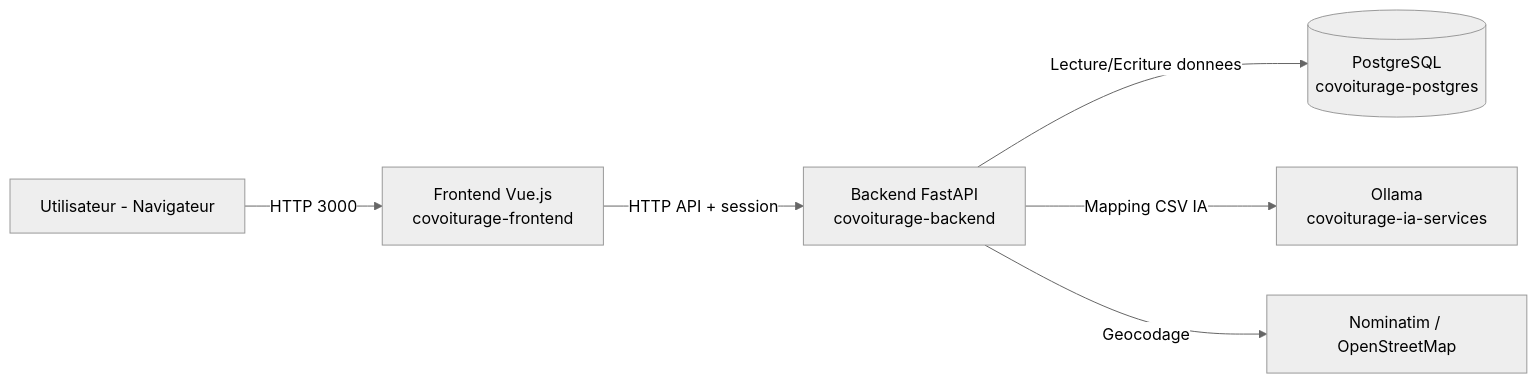
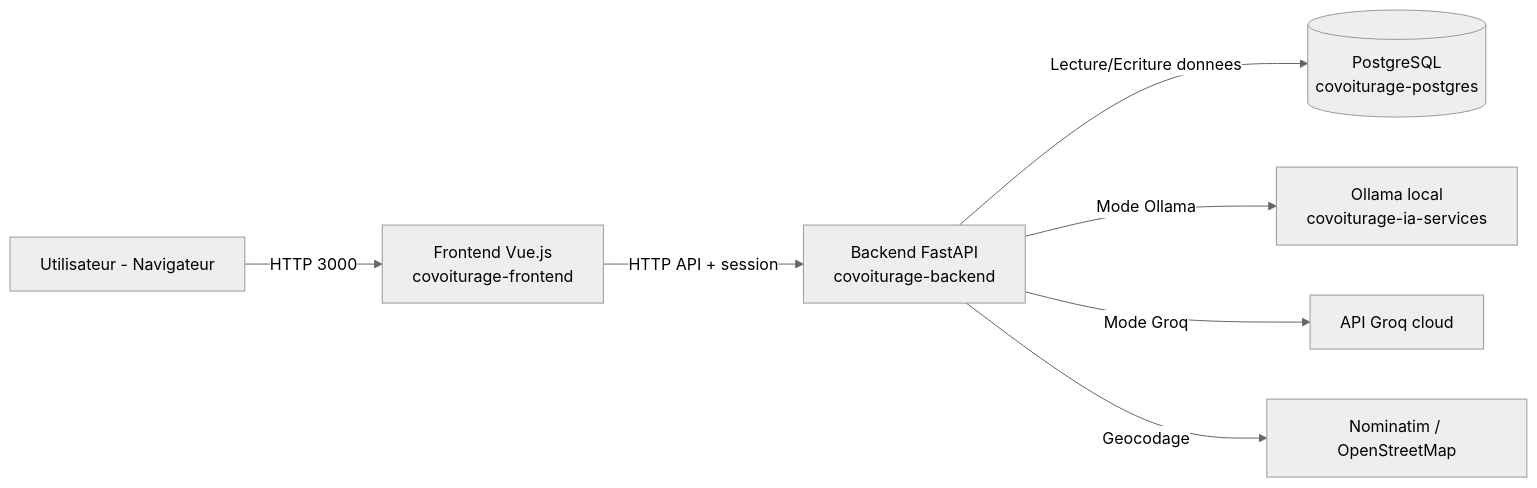
Before and after one commit to NaelFares/CNAM-I2-Project: the first of 2 diagrams in doc/ARCHITECTURE.md, drawn with Mermaid (neutral theme). The commit also changed other lines of this file and 24 other files, not shown here.

Commit message:
refactor(docker): restructurer l’environnement et séparer les démarrages Groq et Ollama

````diff
--- a/doc/ARCHITECTURE.md
+++ b/doc/ARCHITECTURE.md
@@ -13,8 +14,9 @@
 ```mermaid
 flowchart LR
   U[Utilisateur - Navigateur] -->|HTTP 3000| FE[Frontend Vue.js\ncovoiturage-frontend]
   FE -->|HTTP API + session| BE[Backend FastAPI\ncovoiturage-backend]
   BE -->|Lecture/Ecriture donnees| DB[(PostgreSQL\ncovoiturage-postgres)]
-  BE -->|Mapping CSV IA| IA[Ollama\ncovoiturage-ia-services]
+  BE -->|Mode Ollama| IA[Ollama local\ncovoiturage-ia-services]
+  BE -->|Mode Groq| GROQ[API Groq cloud]
   BE -->|Geocodage| GEO[Nominatim / OpenStreetMap]
 ```
````
